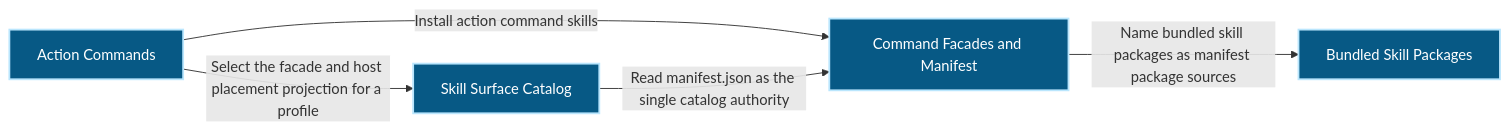
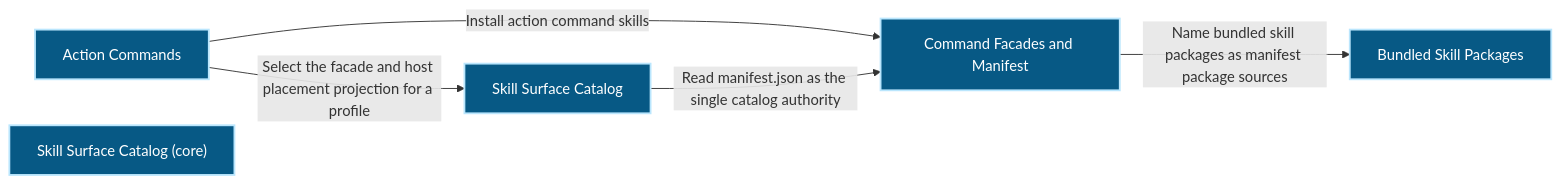
One commit to Ancienttwo/repo-harness changed the first of 3 diagrams in docs/architecture/modules/public-surface/action-commands.md. Above: the diagram before and after it, drawn with Mermaid. The commit also changed other lines of this file and 32 other files, not shown here.

First line of the commit message:
chore(projection): refresh generated architecture outputs for main@4c37d26d25c7

````diff
--- a/docs/architecture/modules/public-surface/action-commands.md
+++ b/docs/architecture/modules/public-surface/action-commands.md
@@ -15,15 +15,16 @@
 ```mermaid
 flowchart LR
   p1_capability_public_surface_action_commands_26efab87["Action Commands"]:::component
   p1_component_action_commands_bundled_skills_d9a66507["Bundled Skill Packages"]:::component
   p1_component_action_commands_primary_c9e77bd1["Command Facades and Manifest"]:::component
   p1_component_action_commands_skill_surface_catalog_a72c29bc["Skill Surface Catalog"]:::component
+  p1_component_action_commands_skill_surface_catalog_core_988720fd["Skill Surface Catalog (core)"]:::component
   p1_capability_public_surface_action_commands_26efab87 -->|"Install action command skills"| p1_component_action_commands_primary_c9e77bd1
   p1_component_action_commands_primary_c9e77bd1 -->|"Name bundled skill packages as manifest package sources"| p1_component_action_commands_bundled_skills_d9a66507
   p1_capability_public_surface_action_commands_26efab87 -->|"Select the facade and host placement projection for a profile"| p1_component_action_commands_skill_surface_catalog_a72c29bc
   p1_component_action_commands_skill_surface_catalog_a72c29bc -->|"Read manifest.json as the single catalog authority"| p1_component_action_commands_primary_c9e77bd1
   classDef actor fill:#111827,color:#ffffff,stroke:#f9fafb,stroke-width:2px
   classDef component fill:#075985,color:#ffffff,stroke:#bae6fd,stroke-width:2px
   classDef datastore fill:#3f6212,color:#ffffff,stroke:#d9f99d,stroke-width:2px
   classDef external fill:#7c2d12,color:#ffffff,stroke:#fed7aa,stroke-width:2px
 ```
````
